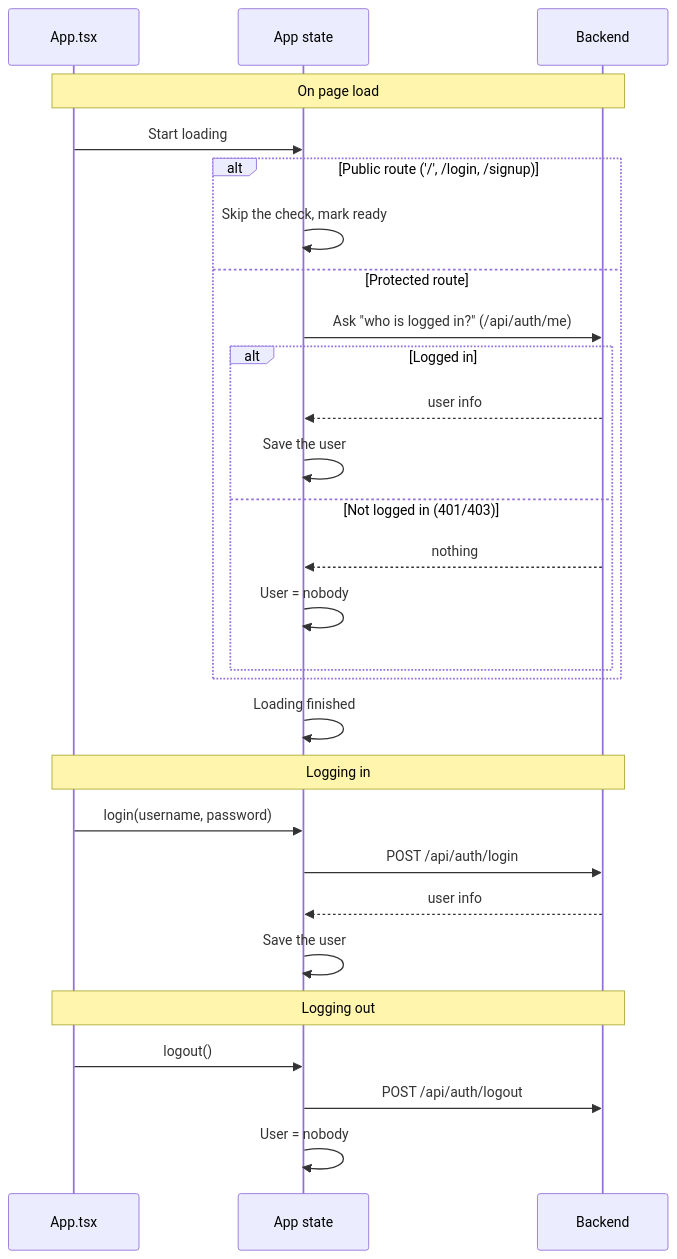
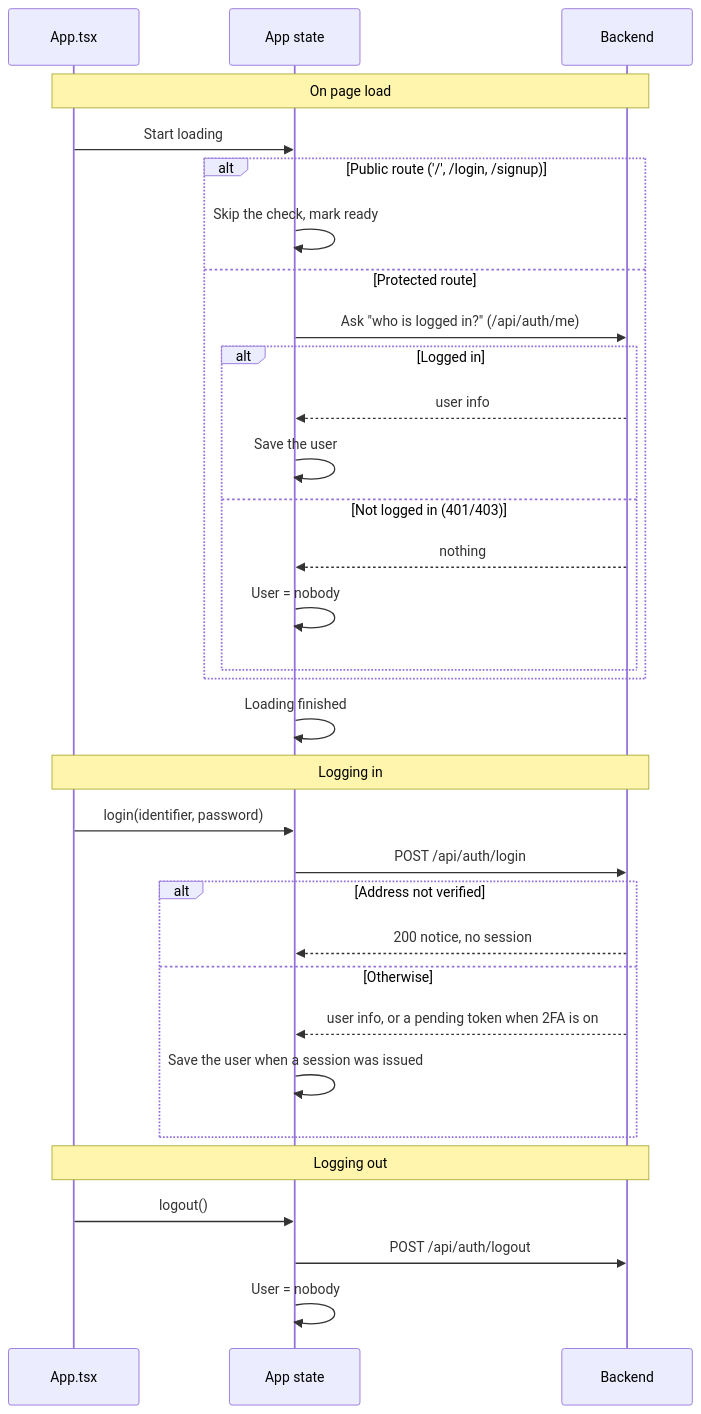
One commit to J00ZzZ/ft_transcendence changed the first of 2 diagrams in docs/frontend/frontend-store-system.md. Above: the diagram before and after it, drawn with Mermaid. The commit also changed other lines of this file and 13 other files, not shown here.

Commit message:
Hotfix: Fixed issue where emailVerified was not checked. Fixed issue where agreement checkbox was a dummy. Added links to Terms of Service and Privacy docs in the Sign Up page.

````diff
--- a/docs/frontend/frontend-store-system.md
+++ b/docs/frontend/frontend-store-system.md
@@ -179,33 +179,37 @@
 ```mermaid
 sequenceDiagram
     participant App as App.tsx
     participant Store as App state
     participant API as Backend
 
     Note over App,API: On page load
     App->>Store: Start loading
     alt Public route ('/', /login, /signup)
         Store->>Store: Skip the check, mark ready
     else Protected route
         Store->>API: Ask "who is logged in?" (/api/auth/me)
         alt Logged in
             API-->>Store: user info
             Store->>Store: Save the user
         else Not logged in (401/403)
             API-->>Store: nothing
             Store->>Store: User = nobody
         end
     end
     Store->>Store: Loading finished
 
     Note over App,API: Logging in
-    App->>Store: login(username, password)
+    App->>Store: login(identifier, password)
     Store->>API: POST /api/auth/login
-    API-->>Store: user info
-    Store->>Store: Save the user
+    alt Address not verified
+        API-->>Store: 200 notice, no session
+    else Otherwise
+        API-->>Store: user info, or a pending token when 2FA is on
+        Store->>Store: Save the user when a session was issued
+    end
 
     Note over App,API: Logging out
     App->>Store: logout()
     Store->>API: POST /api/auth/logout
     Store->>Store: User = nobody
 ```
````
